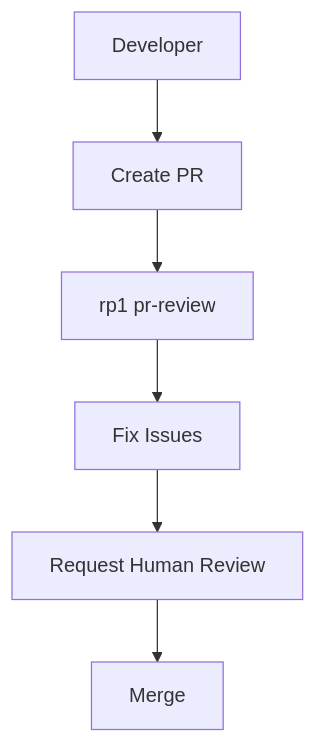
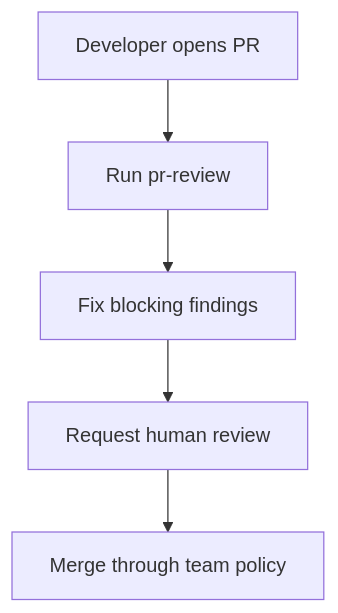
The second of 4 diagrams in docs/guides/pr-review.md (rp1-run/rp1), drawn with Mermaid before and after one commit. The commit also changed other lines of this file and 41 other files, not shown here.

````diff
--- a/docs/guides/pr-review.md
+++ b/docs/guides/pr-review.md
@@ -338,8 +204,7 @@
 ```mermaid
 flowchart TB
-    DEV[Developer] --> PR[Create PR]
-    PR --> rp1[rp1 pr-review]
-    rp1 --> FIX[Fix Issues]
-    FIX --> HUMAN[Request Human Review]
-    HUMAN --> MERGE[Merge]
+    DEV[Developer opens PR] --> AUTO[Run pr-review]
+    AUTO --> FIX[Fix blocking findings]
+    FIX --> HUMAN[Request human review]
+    HUMAN --> MERGE[Merge through team policy]
 ```
````
